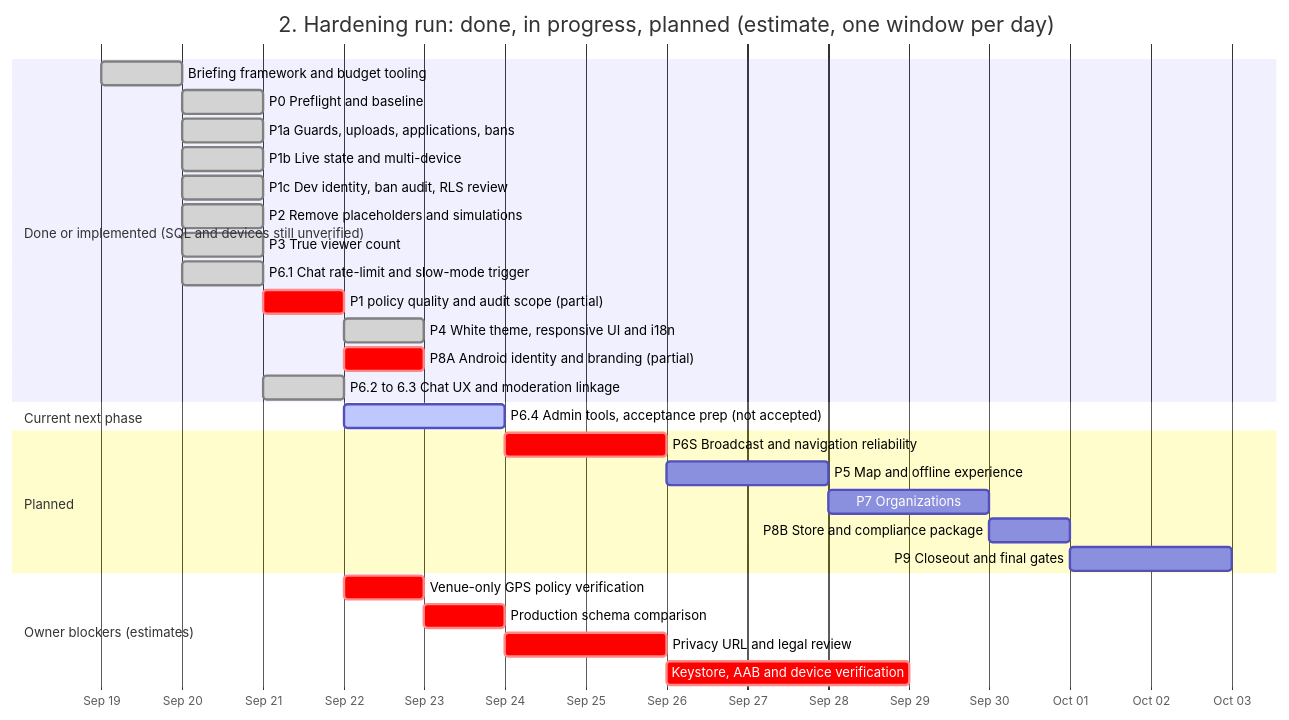
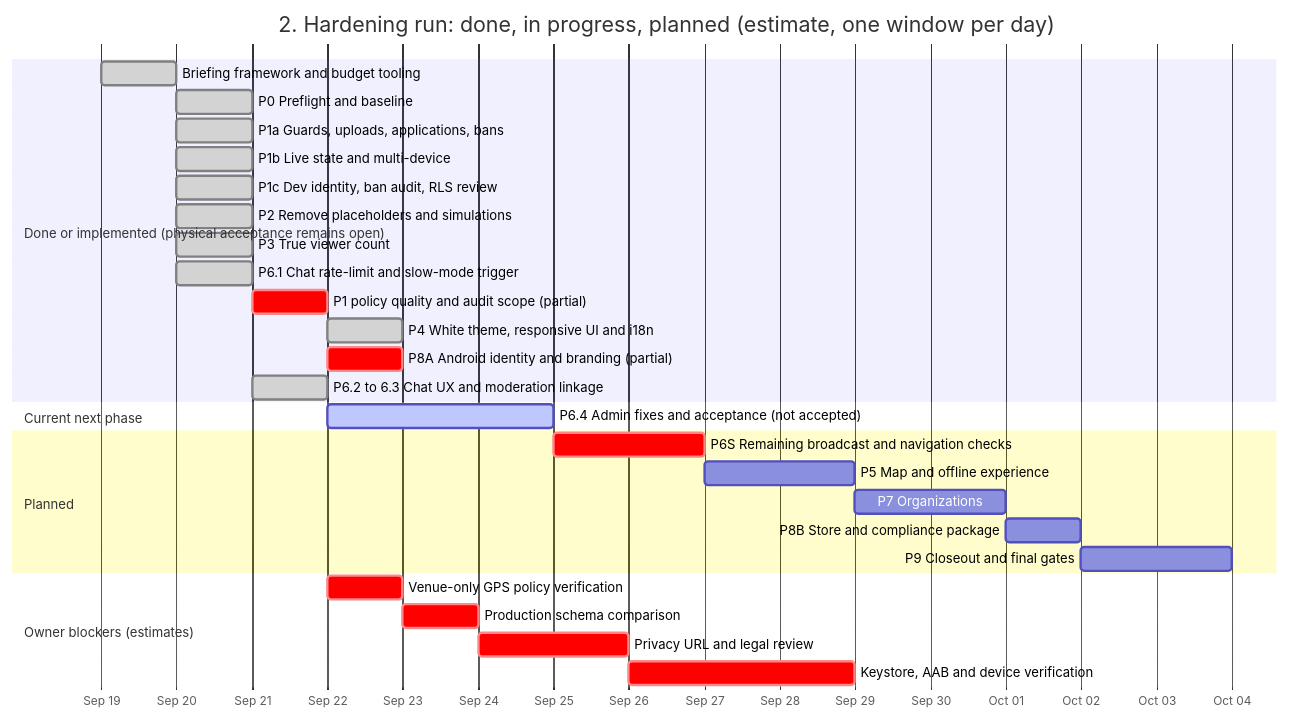
The second of 3 diagrams in Roadmap.md (ameeralhatemi67-debug/Stream_application), drawn with Mermaid before and after one commit. The commit also changed other lines of this file and 46 other files, not shown here.

Commit message:
fix(acceptance): harden auth, streaming and admin flows

````diff
--- a/Roadmap.md
+++ b/Roadmap.md
@@ -42,33 +44,33 @@
 ```mermaid
 gantt
     title 2. Hardening run: done, in progress, planned (estimate, one window per day)
     dateFormat  YYYY-MM-DD
     axisFormat  %b %d
     tickInterval 1day
-    section Done or implemented (SQL and devices still unverified)
+    section Done or implemented (physical acceptance remains open)
     Briefing framework and budget tooling       :done, brief, 2026-09-19, 2026-09-20
     P0 Preflight and baseline                   :done, p0, 2026-09-20, 1d
     P1a Guards, uploads, applications, bans     :done, p1a, 2026-09-20, 1d
     P1b Live state and multi-device             :done, p1b, 2026-09-20, 1d
     P1c Dev identity, ban audit, RLS review     :done, p1c, 2026-09-20, 2026-09-21
     P2 Remove placeholders and simulations      :done, p2, 2026-09-20, 2026-09-21
     P3 True viewer count                        :done, p3, 2026-09-20, 2026-09-21
     P6.1 Chat rate-limit and slow-mode trigger  :done, p61, 2026-09-20, 2026-09-21
     P1 policy quality and audit scope (partial) :crit, p1d, 2026-09-21, 1d
     P4 White theme, responsive UI and i18n      :done, p4, 2026-09-22, 1d
     P8A Android identity and branding (partial)  :crit, p8a, 2026-09-22, 1d
     P6.2 to 6.3 Chat UX and moderation linkage  :done, p6a, 2026-09-21, 1d
     section Current next phase
-    P6.4 Admin tools, acceptance prep (not accepted) :active, p64, 2026-09-22, 2d
+    P6.4 Admin fixes and acceptance (not accepted) :active, p64, 2026-09-22, 3d
     section Planned
-    P6S Broadcast and navigation reliability     :crit, p6s, after p64, 2d
+    P6S Remaining broadcast and navigation checks :crit, p6s, after p64, 2d
     P5 Map and offline experience                :p5, after p6s, 2d
     P7 Organizations                             :p7, after p5, 2d
     P8B Store and compliance package             :p8b, after p7, 1d
     P9 Closeout and final gates                  :p9, after p8b, 2d
     section Owner blockers (estimates)
     Venue-only GPS policy verification            :crit, gps, 2026-09-22, 1d
     Production schema comparison                 :crit, prod, after gps, 1d
     Privacy URL and legal review                 :crit, legal, after prod, 2d
     Keystore, AAB and device verification        :crit, release, after legal, 3d
 ```
````
